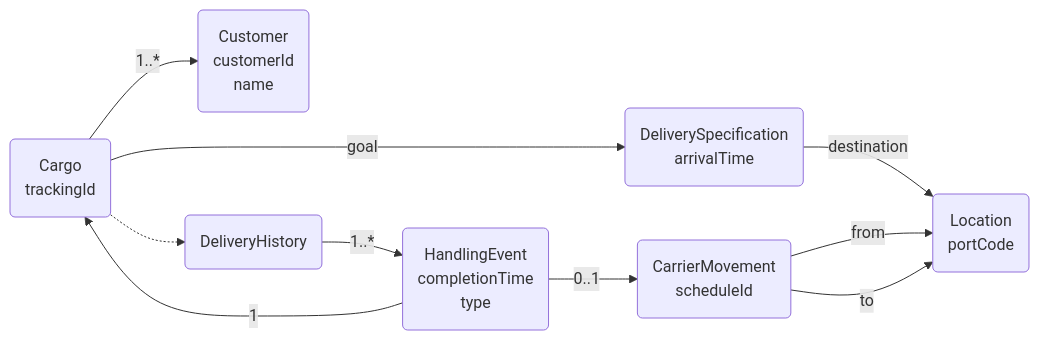
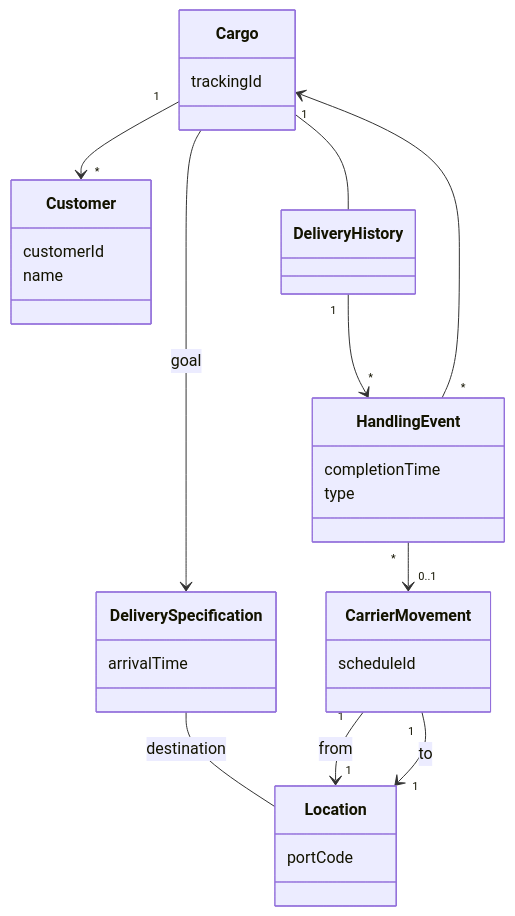
One commit to peterramaldes/cs changed the diagram in docs/architecture/01-design.md. Above: the diagram before and after it, drawn with Mermaid.

Commit message:
docs: revert to class diagram

````diff
--- a/docs/architecture/01-design.md
+++ b/docs/architecture/01-design.md
@@ -5,20 +5,41 @@
 ```mermaid
-flowchart LR
-    Customer(Customer<br/>customerId<br/>name)
-    Cargo(Cargo<br/>trackingId)
-    DeliveryHistory(DeliveryHistory)
-    DeliverySpecification(DeliverySpecification<br/>arrivalTime)
-    HandlingEvent(HandlingEvent<br/>completionTime<br/>type)
-    CarrierMovement(CarrierMovement<br/>scheduleId)
-    Location(Location<br/>portCode)
+classDiagram
+    class Customer {
+        customerId
+        name
+    }
 
-    Cargo -->|1..*| Customer
-    Cargo -->|goal| DeliverySpecification
-    Cargo -.-> DeliveryHistory
-    HandlingEvent -->|1| Cargo
-    DeliveryHistory -->|1..*| HandlingEvent
-    DeliverySpecification -->|destination| Location
-    CarrierMovement -->|from| Location
-    CarrierMovement -->|to| Location
-    HandlingEvent -->|0..1| CarrierMovement
+    class Cargo {
+        trackingId
+    }
+
+    class DeliveryHistory {
+    }
+
+    class DeliverySpecification {
+        arrivalTime
+    }
+
+    class HandlingEvent {
+        completionTime
+        type
+    }
+
+    class CarrierMovement {
+        scheduleId
+    }
+
+    class Location {
+        portCode
+    }
+
+    Cargo "1" --> "*" Customer
+    Cargo --> DeliverySpecification : goal
+    Cargo -- DeliveryHistory
+    HandlingEvent "*" --> "1" Cargo
+    DeliveryHistory "1" --> "*" HandlingEvent
+    DeliverySpecification -- Location : destination
+    CarrierMovement "1" --> "1" Location : from
+    CarrierMovement "1" --> "1" Location : to
+    HandlingEvent "*" --> "0..1" CarrierMovement
 ```
````
